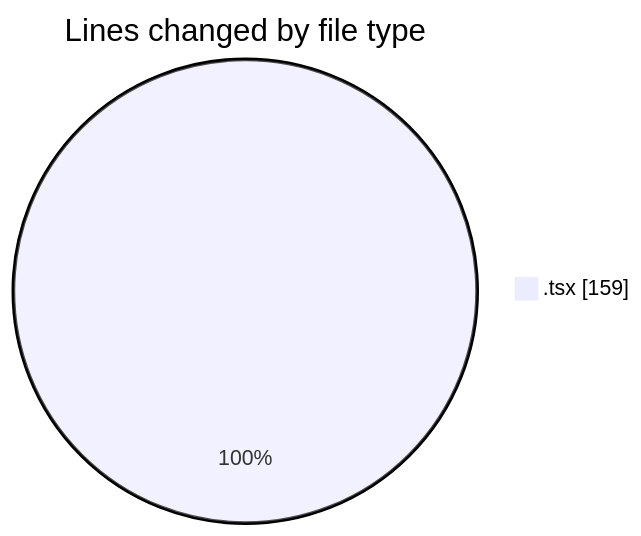
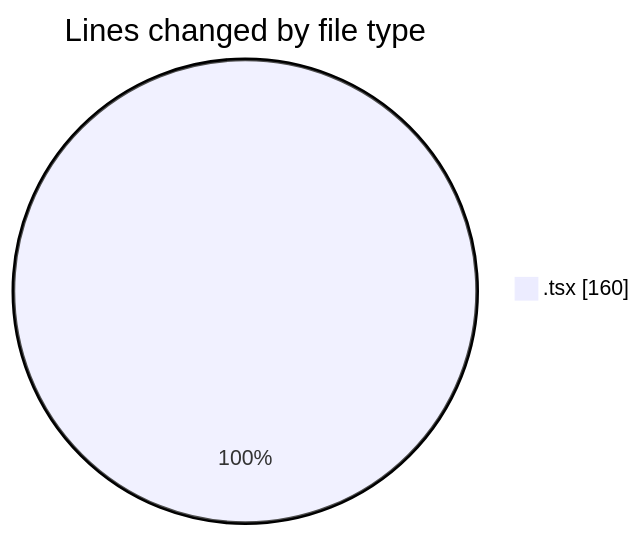
Before and after one commit to nxtqubesakshisongat/code-tracking: the first of 2 diagrams in 2026-07-08/nxtqube_webapp/README.md, drawn with Mermaid. The commit also changed other lines of this file and 1 other file, not shown here.

````diff
--- a/2026-07-08/nxtqube_webapp/README.md
+++ b/2026-07-08/nxtqube_webapp/README.md
@@ -20,5 +20,5 @@
 ```mermaid
 pie showData
 title Lines changed by file type
-".tsx" : 159
+".tsx" : 160
 ```
````
